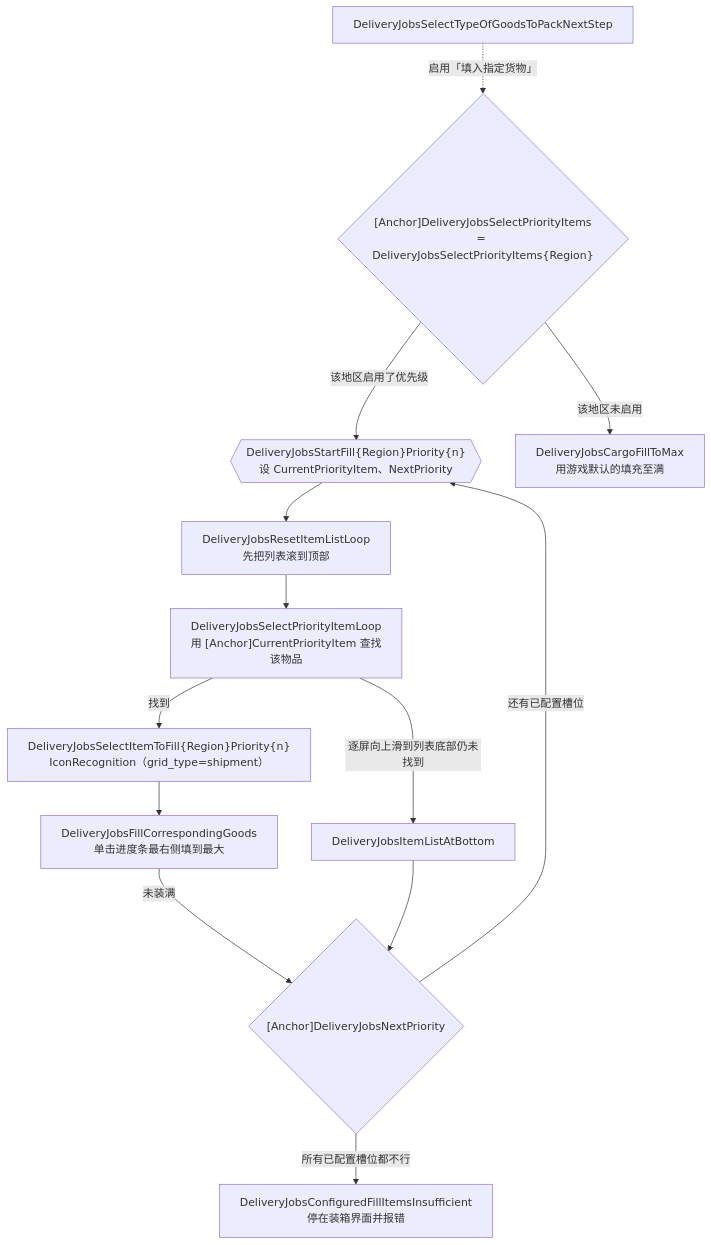
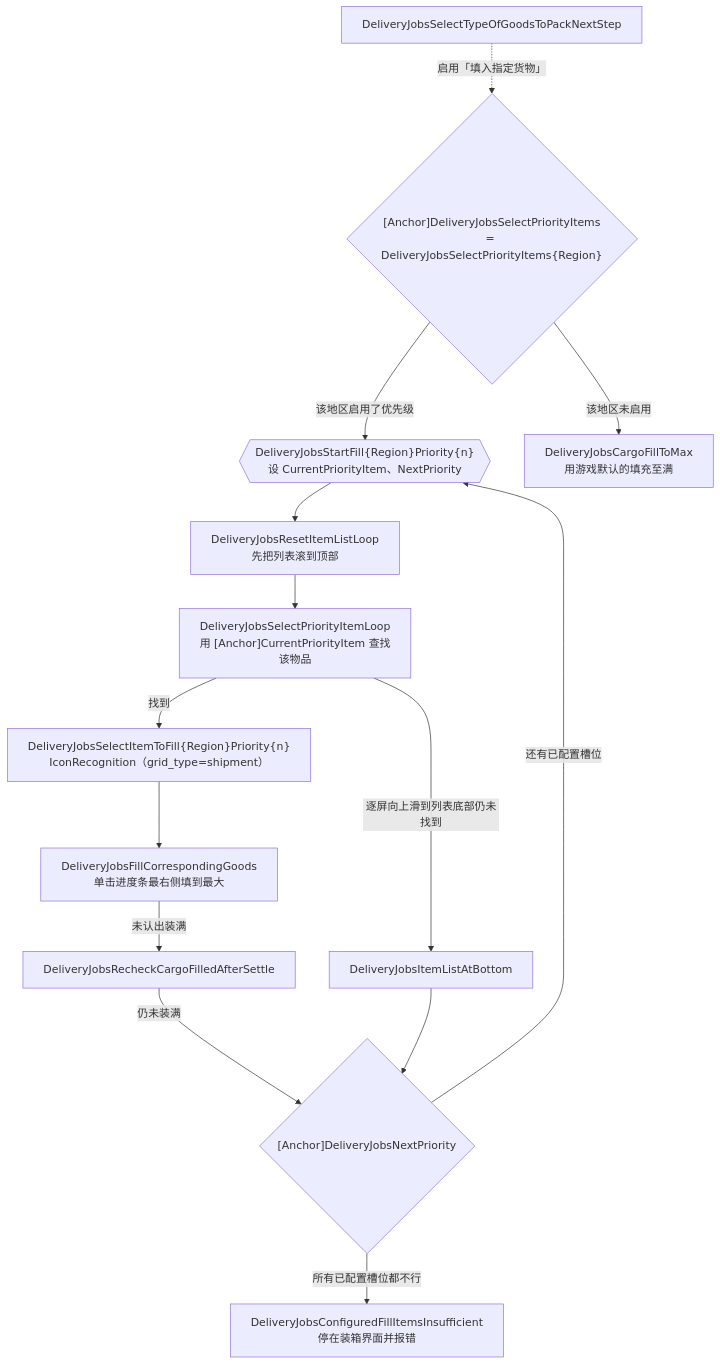
Before and after one commit to Aliothmoon/MaaEnd: the sixth of 6 diagrams in docs/zh_cn/developers/tasks/delivery-jobs-maintain.md, drawn with Mermaid. The commit also changed other lines of this file and 83 other files, not shown here.

````diff
--- a/docs/zh_cn/developers/tasks/delivery-jobs-maintain.md
+++ b/docs/zh_cn/developers/tasks/delivery-jobs-maintain.md
@@ -222,15 +222,15 @@
 ```mermaid
 flowchart TD
     Sel["DeliveryJobsSelectTypeOfGoodsToPackNextStep"] -.->|"启用「填入指定货物」"| Entry{"[Anchor]DeliveryJobsSelectPriorityItems\n= DeliveryJobsSelectPriorityItems{Region}"}
     Entry -->|"该地区启用了优先级"| Start{{"DeliveryJobsStartFill{Region}Priority{n}\n设 CurrentPriorityItem、NextPriority"}}
     Entry -->|"该地区未启用"| Max["DeliveryJobsCargoFillToMax\n用游戏默认的填充至满"]
     Start --> Reset["DeliveryJobsResetItemListLoop\n先把列表滚到顶部"]
     Reset --> Loop["DeliveryJobsSelectPriorityItemLoop\n用 [Anchor]CurrentPriorityItem 查找该物品"]
     Loop -->|找到| Item["DeliveryJobsSelectItemToFill{Region}Priority{n}\nIconRecognition（grid_type=shipment）"]
     Item --> Fill["DeliveryJobsFillCorrespondingGoods\n单击进度条最右侧填到最大"]
     Loop -->|"逐屏向上滑到列表底部仍未找到"| Bottom["DeliveryJobsItemListAtBottom"]
-    Fill -->|未装满| Next{"[Anchor]DeliveryJobsNextPriority"}
+    Fill -->|未认出装满| Recheck["DeliveryJobsRecheckCargoFilledAfterSettle"] -->|仍未装满| Next{"[Anchor]DeliveryJobsNextPriority"}
     Bottom --> Next
     Next -->|还有已配置槽位| Start
     Next -->|所有已配置槽位都不行| Err["DeliveryJobsConfiguredFillItemsInsufficient\n停在装箱界面并报错"]
 ```
````
